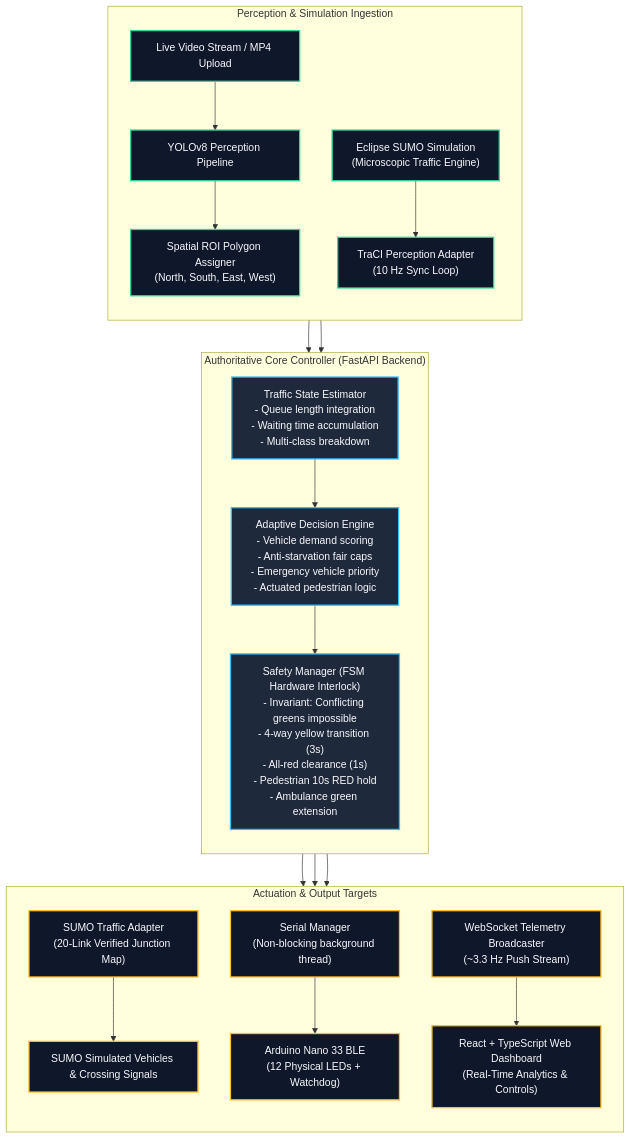
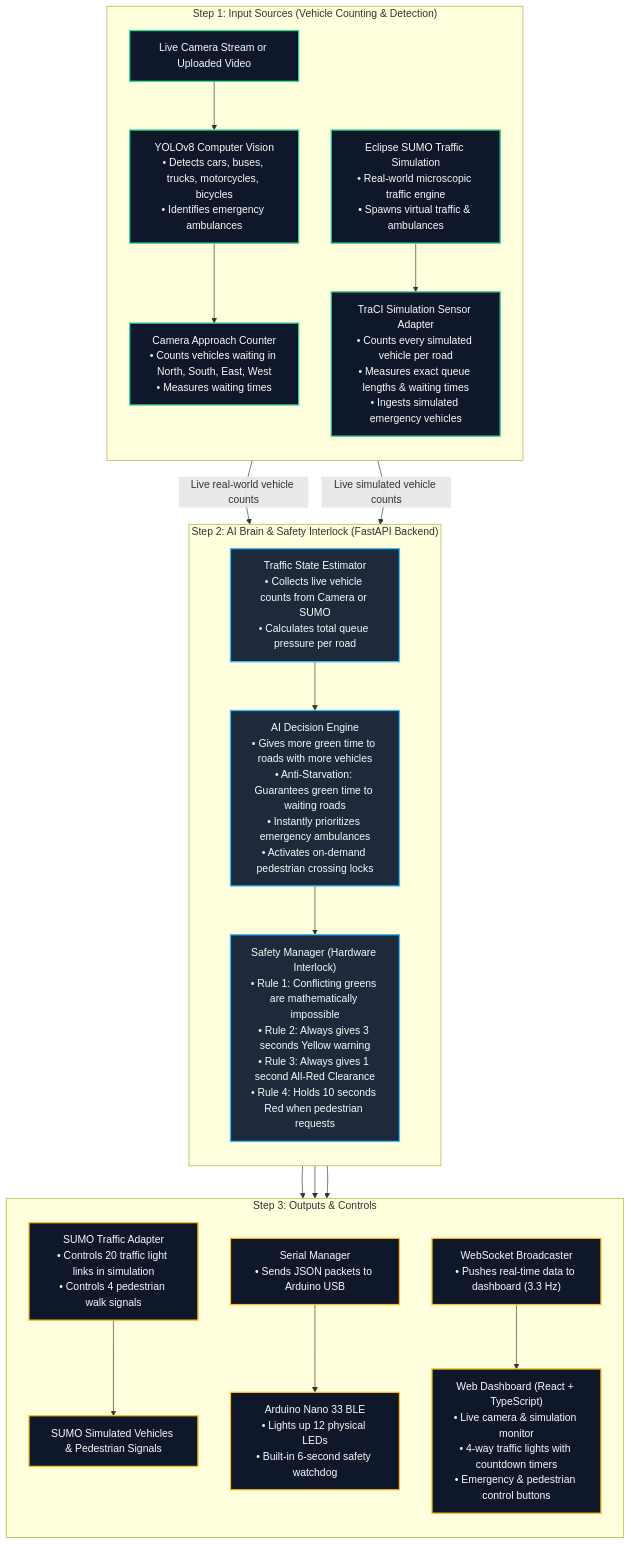
One commit to bendeze/ai-traffic-platform changed the diagram in README.md. Above: the diagram before and after it, drawn with Mermaid. The commit also changed 3 other files, not shown here.

Commit message:
fix(docs): fix broken FSM diagram, clarify simulation vehicle counting, and add 4-way traffic lights to simulation viewport

````diff
--- a/README.md
+++ b/README.md
@@ -101,40 +101,43 @@
 ```mermaid
 flowchart TD
-    subgraph INGESTION ["Perception & Simulation Ingestion"]
+    subgraph INGESTION ["Step 1: Input Sources (Vehicle Counting & Detection)"]
         direction TB
-        CAM["Live Video Stream / MP4 Upload"] --> YOLO["YOLOv8 Perception Pipeline"]
-        YOLO --> ROI["Spatial ROI Polygon Assigner\n(North, South, East, West)"]
-        SUMO["Eclipse SUMO Simulation\n(Microscopic Traffic Engine)"] --> TRACI["TraCI Perception Adapter\n(10 Hz Sync Loop)"]
+        CAM["Live Camera Stream or Uploaded Video"] --> YOLO["YOLOv8 Computer Vision\n• Detects cars, buses, trucks, motorcycles, bicycles\n• Identifies emergency ambulances"]
+        YOLO --> ROI["Camera Approach Counter\n• Counts vehicles waiting in North, South, East, West\n• Measures waiting times"]
+        
+        SUMO["Eclipse SUMO Traffic Simulation\n• Real-world microscopic traffic engine\n• Spawns virtual traffic & ambulances"] --> TRACI["TraCI Simulation Sensor Adapter\n• Counts every simulated vehicle per road\n• Measures exact queue lengths & waiting times\n• Ingests simulated emergency vehicles"]
     end
 
-    subgraph CORE ["Authoritative Core Controller (FastAPI Backend)"]
+    subgraph CORE ["Step 2: AI Brain & Safety Interlock (FastAPI Backend)"]
         direction TB
-        EST["Traffic State Estimator\n- Queue length integration\n- Waiting time accumulation\n- Multi-class breakdown"]
-        DEC["Adaptive Decision Engine\n- Vehicle demand scoring\n- Anti-starvation fair caps\n- Emergency vehicle priority\n- Actuated pedestrian logic"]
-        SAFE["Safety Manager (FSM Hardware Interlock)\n- Invariant: Conflicting greens impossible\n- 4-way yellow transition (3s)\n- All-red clearance (1s)\n- Pedestrian 10s RED hold\n- Ambulance green extension"]
+        EST["Traffic State Estimator\n• Collects live vehicle counts from Camera or SUMO\n• Calculates total queue pressure per road"]
         
-        ROI --> EST
-        TRACI --> EST
+        DEC["AI Decision Engine\n• Gives more green time to roads with more vehicles\n• Anti-Starvation: Guarantees green time to waiting roads\n• Instantly prioritizes emergency ambulances\n• Activates on-demand pedestrian crossing locks"]
+        
+        SAFE["Safety Manager (Hardware Interlock)\n• Rule 1: Conflicting greens are mathematically impossible\n• Rule 2: Always gives 3 seconds Yellow warning\n• Rule 3: Always gives 1 second All-Red Clearance\n• Rule 4: Holds 10 seconds Red when pedestrian requests"]
+        
+        ROI -->|"Live real-world vehicle counts"| EST
+        TRACI -->|"Live simulated vehicle counts"| EST
         EST --> DEC
         DEC --> SAFE
     end
 
-    subgraph ACTUATION ["Actuation & Output Targets"]
+    subgraph ACTUATION ["Step 3: Outputs & Controls"]
         direction TB
-        SAFE --> SIM_ADAPT["SUMO Traffic Adapter\n(20-Link Verified Junction Map)"]
-        SAFE --> SERIAL["Serial Manager\n(Non-blocking background thread)"]
-        SAFE --> WS["WebSocket Telemetry Broadcaster\n(~3.3 Hz Push Stream)"]
+        SAFE --> SIM_ADAPT["SUMO Traffic Adapter\n• Controls 20 traffic light links in simulation\n• Controls 4 pedestrian walk signals"]
+        SAFE --> SERIAL["Serial Manager\n• Sends JSON packets to Arduino USB"]
+        SAFE --> WS["WebSocket Broadcaster\n• Pushes real-time data to dashboard (3.3 Hz)"]
         
-        SIM_ADAPT --> SUMO_NET["SUMO Simulated Vehicles & Crossing Signals"]
-        SERIAL --> ARDUINO["Arduino Nano 33 BLE\n(12 Physical LEDs + Watchdog)"]
-        WS --> UI["React + TypeScript Web Dashboard\n(Real-Time Analytics & Controls)"]
+        SIM_ADAPT --> SUMO_NET["SUMO Simulated Vehicles & Pedestrian Signals"]
+        SERIAL --> ARDUINO["Arduino Nano 33 BLE\n• Lights up 12 physical LEDs\n• Built-in 6-second safety watchdog"]
+        WS --> UI["Web Dashboard (React + TypeScript)\n• Live camera & simulation monitor\n• 4-way traffic lights with countdown timers\n• Emergency & pedestrian control buttons"]
     end
 
     classDef coreStyle fill:#1e293b,stroke:#38bdf8,stroke-width:2px,color:#f8fafc;
     classDef ingestStyle fill:#0f172a,stroke:#34d399,stroke-width:2px,color:#f8fafc;
     classDef actStyle fill:#0f172a,stroke:#fbbf24,stroke-width:2px,color:#f8fafc;
 
     class CAM,YOLO,ROI,SUMO,TRACI ingestStyle;
     class EST,DEC,SAFE coreStyle;
     class SIM_ADAPT,SERIAL,WS,SUMO_NET,ARDUINO,UI actStyle;
 ```
````
